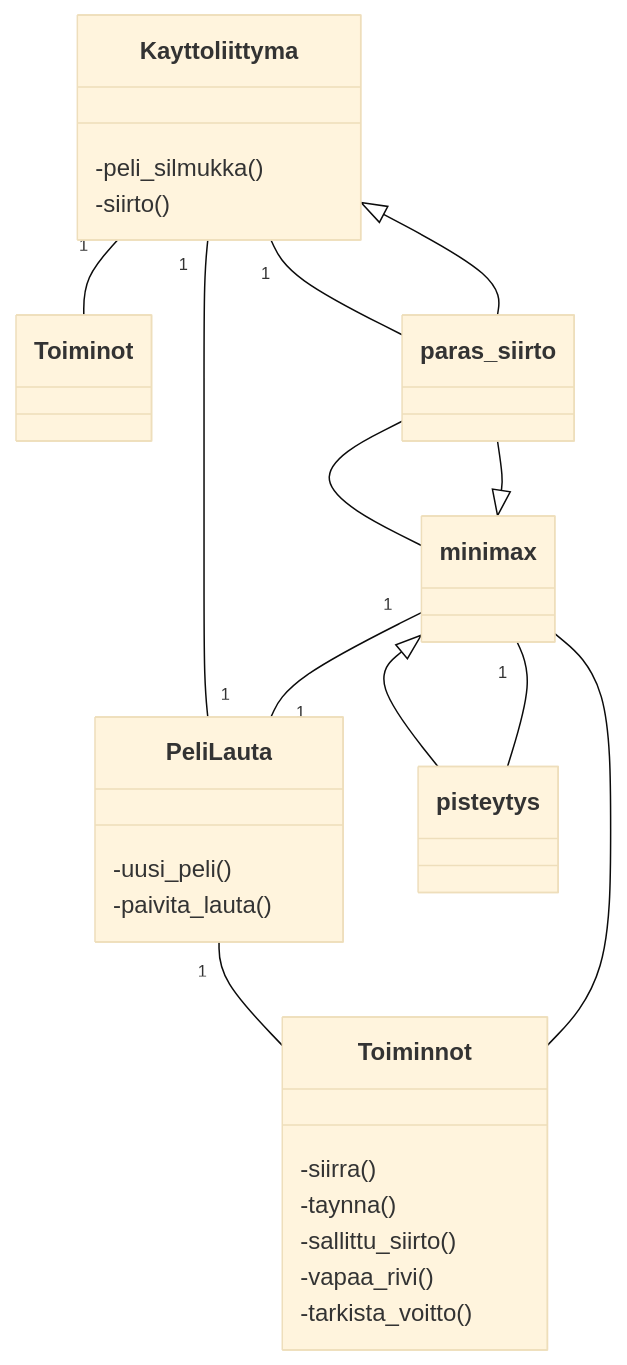
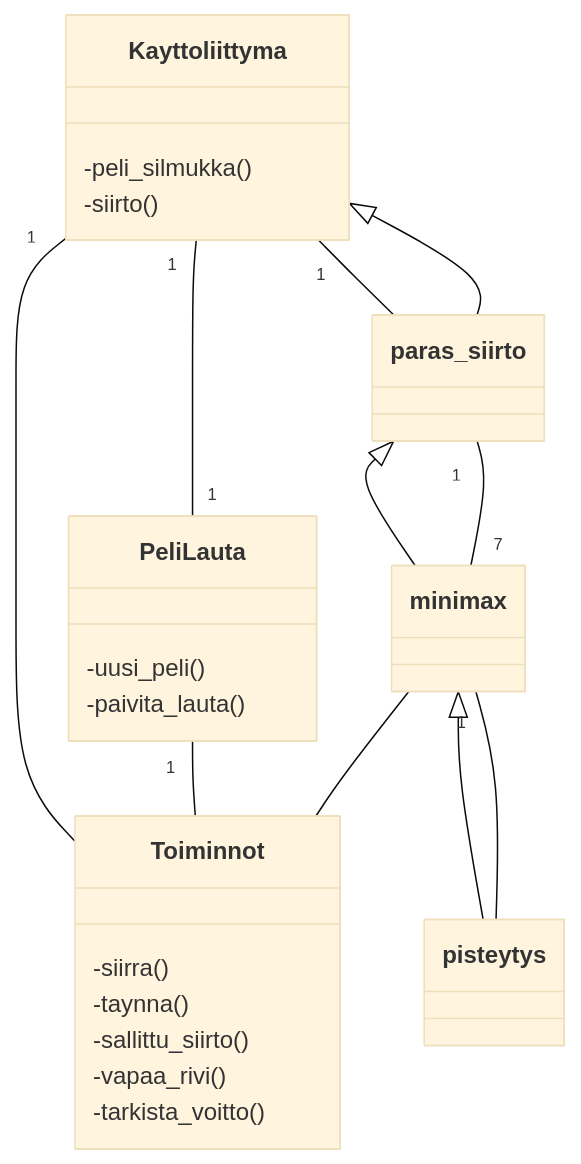
Before and after one commit to emlyy/tiralabra: the diagram in dokumentaatio/toteutusdokumentti.md, drawn with Mermaid (base theme).

````diff
--- a/dokumentaatio/toteutusdokumentti.md
+++ b/dokumentaatio/toteutusdokumentti.md
@@ -6,32 +6,31 @@
 ```mermaid
 classDiagram
     Kayttoliittyma "1" -- "1" PeliLauta
-    Kayttoliittyma "1" -- Toiminot
+    Kayttoliittyma "1" -- Toiminnot
     PeliLauta "1" -- Toiminnot
     Kayttoliittyma "1" -- paras_siirto
     Kayttoliittyma <|-- paras_siirto
-    paras_siirto -- minimax
-    minimax <|-- paras_siirto
-    minimax "1" -- "1" PeliLauta
+    paras_siirto <|-- minimax
+    minimax "7" -- "1" paras_siirto
     minimax <|-- pisteytys
     minimax "1" -- pisteytys
     minimax -- Toiminnot
 
     class Kayttoliittyma {
         -peli_silmukka()
         -siirto()
     }
 
     class PeliLauta {
         -uusi_peli()
         -paivita_lauta()
     }
 
     class Toiminnot {
         -siirra()
         -taynna()
         -sallittu_siirto()
         -vapaa_rivi()
         -tarkista_voitto()
     }
 ```
````
